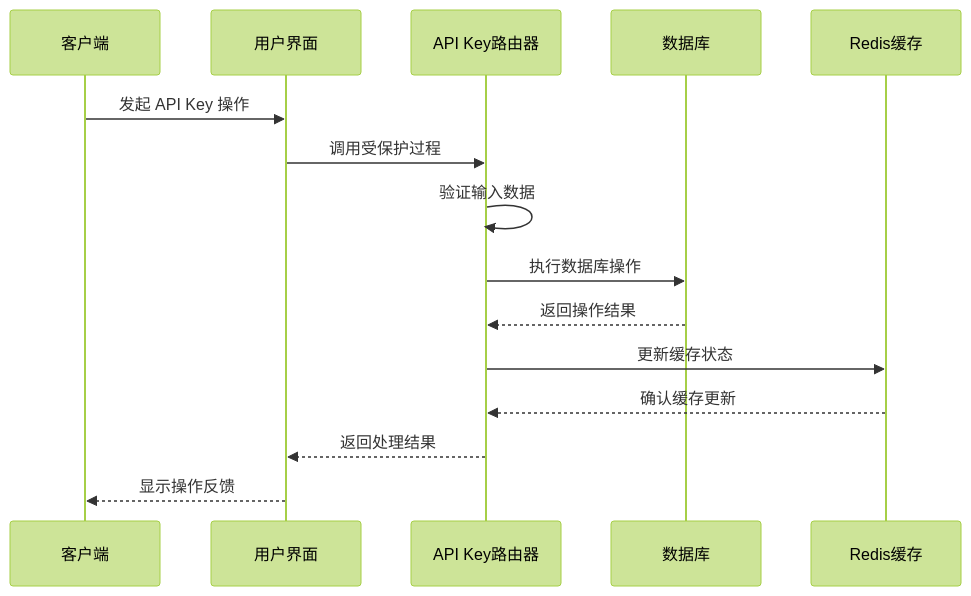
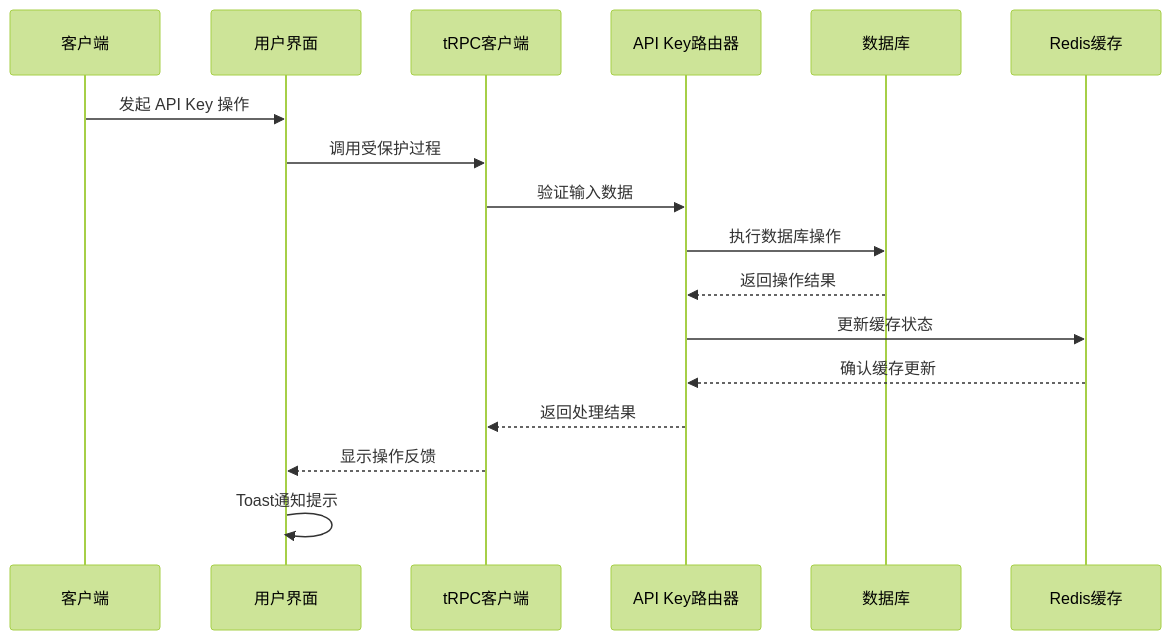
The second of 8 diagrams in .qoder/repowiki/zh/content/API 参考/tRPC API 接口/API Key 管理路由.md (RadiumAg/AIGate), drawn with Mermaid (forest theme) before and after one commit. The commit also changed other lines of this file and 2 other files, not shown here.

````diff
--- a/.qoder/repowiki/zh/content/API 参考/tRPC API 接口/API Key 管理路由.md
+++ b/.qoder/repowiki/zh/content/API 参考/tRPC API 接口/API Key 管理路由.md
@@ -102,17 +121,19 @@
 ```mermaid
 sequenceDiagram
 participant Client as 客户端
 participant UI as 用户界面
+participant TRPC as tRPC客户端
 participant Router as API Key路由器
 participant DB as 数据库
 participant Cache as Redis缓存
 Client->>UI : 发起 API Key 操作
-UI->>Router : 调用受保护过程
-Router->>Router : 验证输入数据
+UI->>TRPC : 调用受保护过程
+TRPC->>Router : 验证输入数据
 Router->>DB : 执行数据库操作
 DB-->>Router : 返回操作结果
 Router->>Cache : 更新缓存状态
 Cache-->>Router : 确认缓存更新
-Router-->>UI : 返回处理结果
-UI-->>Client : 显示操作反馈
+Router-->>TRPC : 返回处理结果
+TRPC-->>UI : 显示操作反馈
+UI->>UI : Toast通知提示
 ```
````
